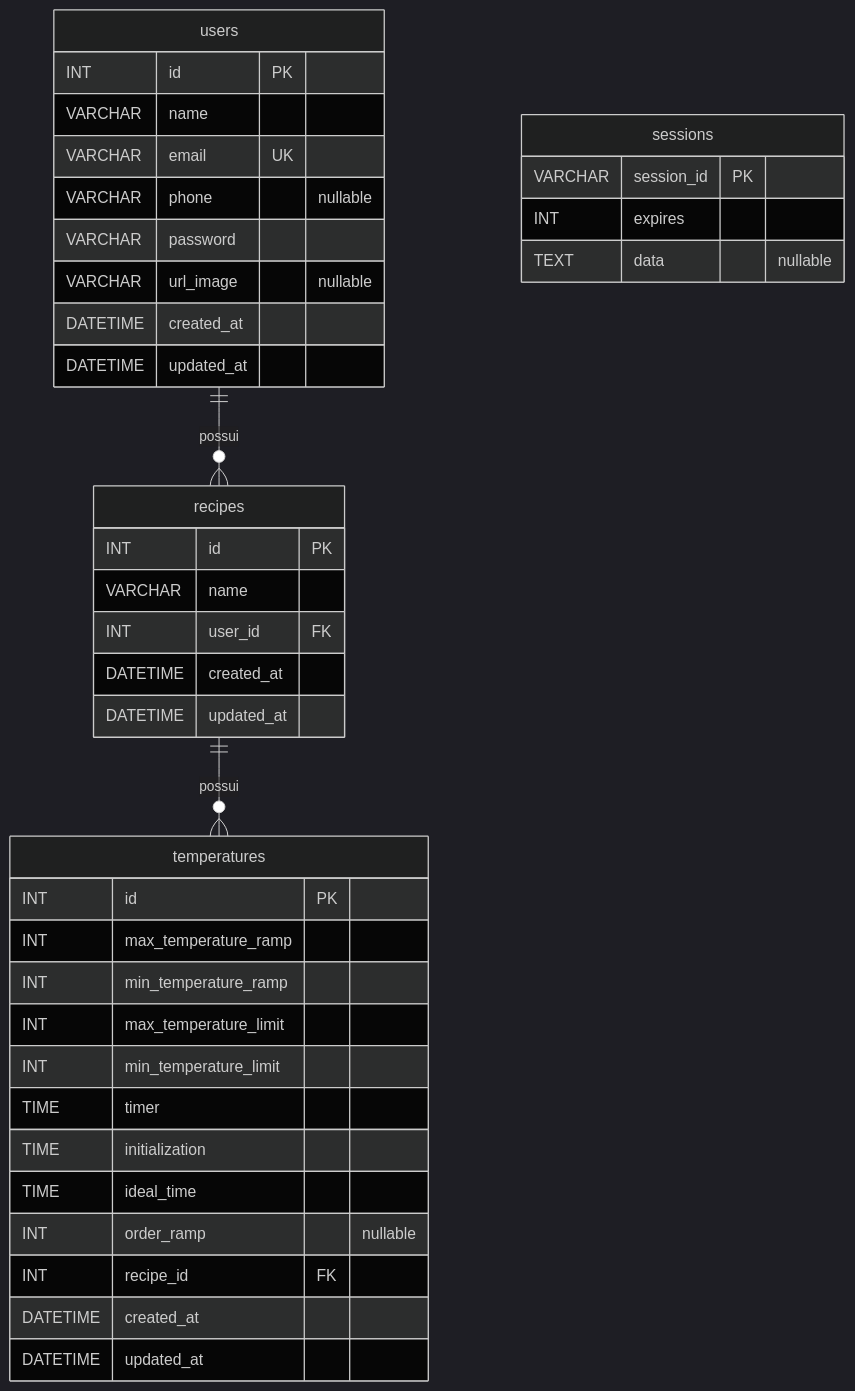
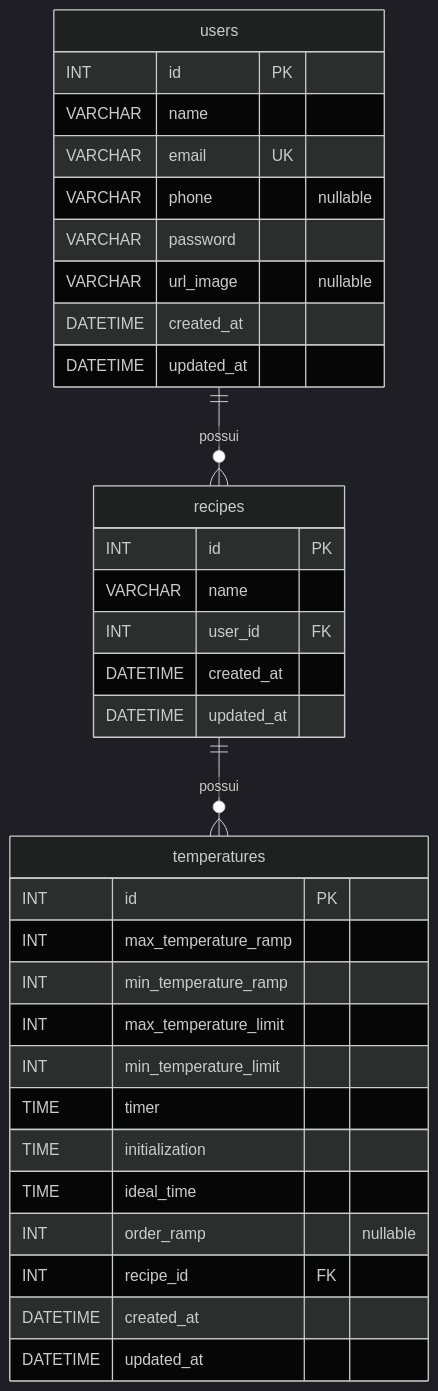
One commit to conloq/database changed the diagram in diagrama_mer_mash.mmd. Above: the diagram before and after it, drawn with Mermaid (dark theme). The commit also changed 2 other files, not shown here.

Commit message:
docs: tirar a tabela sessions do MER e do README
A tabela foi removida pela migration 20261028120000-remover-tabela-sessions
do Back-End; o schema da API volta a ter users, recipes e temperatures.

```diff
--- a/diagrama_mer_mash.mmd
+++ b/diagrama_mer_mash.mmd
@@ -1,44 +1,38 @@
-%% Atualizado em 25/10/2026 com base nas migrations da main de conloq/Back-End (9007fe6).
-%% Somente as tabelas implementadas aparecem neste MER.
-%% A tabela sessions e o armazenamento de sessao da aplicacao: nao tem chave estrangeira
-%% e nao e entidade de negocio, mas entra no desenho para que o MER corresponda ao schema aplicado.
+%% Atualizado em 28/10/2026 com base nas migrations de conloq/Back-End.
+%% Somente as tabelas implementadas aparecem neste MER. A tabela sessions foi removida
+%% pela migration 20261028120000-remover-tabela-sessions.
 erDiagram
     users ||--o{ recipes : possui
     recipes ||--o{ temperatures : possui
 
     users {
         INT id PK
         VARCHAR name
         VARCHAR email UK
         VARCHAR phone "nullable"
         VARCHAR password
         VARCHAR url_image "nullable"
         DATETIME created_at
         DATETIME updated_at
     }
     recipes {
         INT id PK
         VARCHAR name
         INT user_id FK
         DATETIME created_at
         DATETIME updated_at
     }
     temperatures {
         INT id PK
         INT max_temperature_ramp
         INT min_temperature_ramp
         INT max_temperature_limit
         INT min_temperature_limit
         TIME timer
         TIME initialization
         TIME ideal_time
         INT order_ramp "nullable"
         INT recipe_id FK
         DATETIME created_at
         DATETIME updated_at
     }
-    sessions {
-        VARCHAR session_id PK
-        INT expires
-        TEXT data "nullable"
-    }
```
